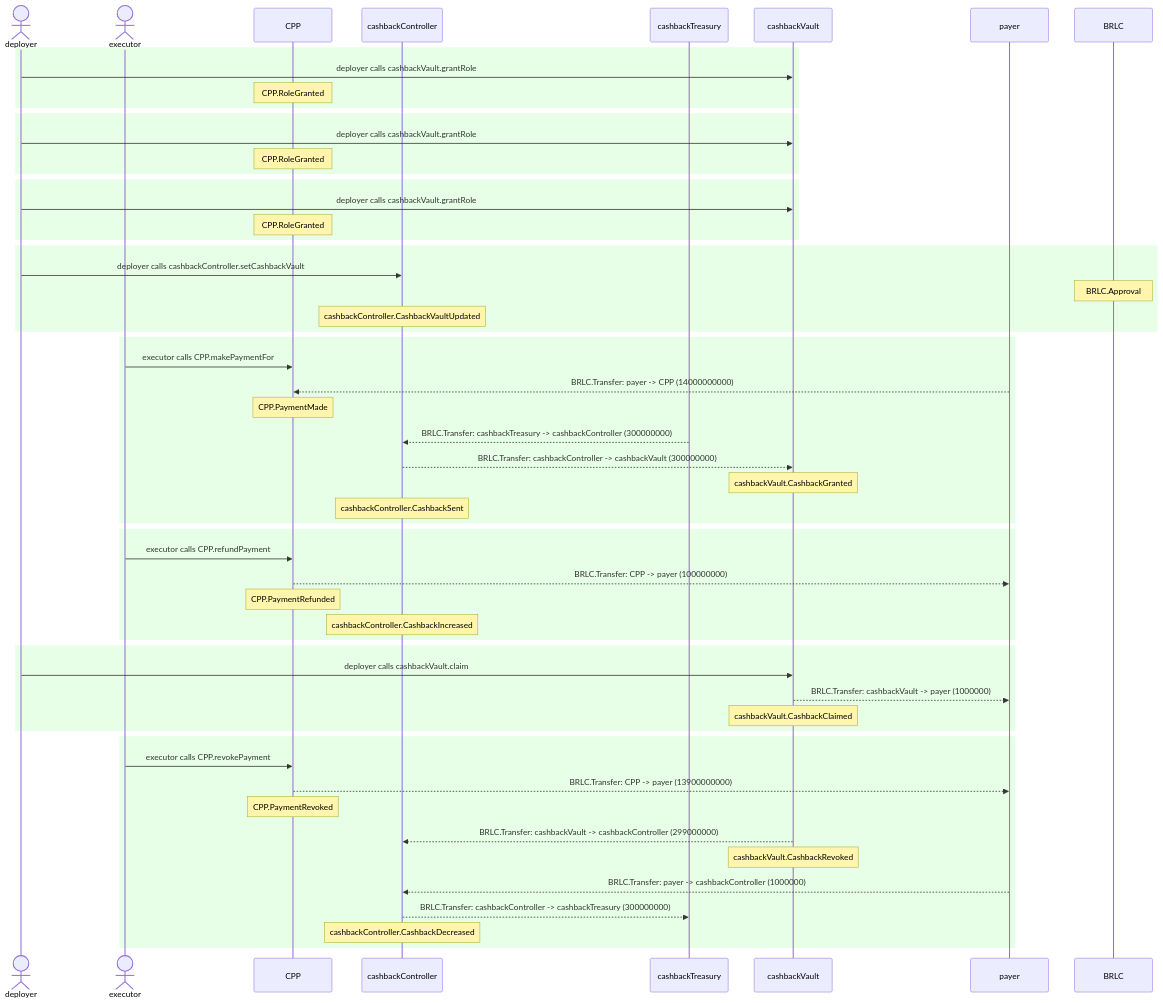
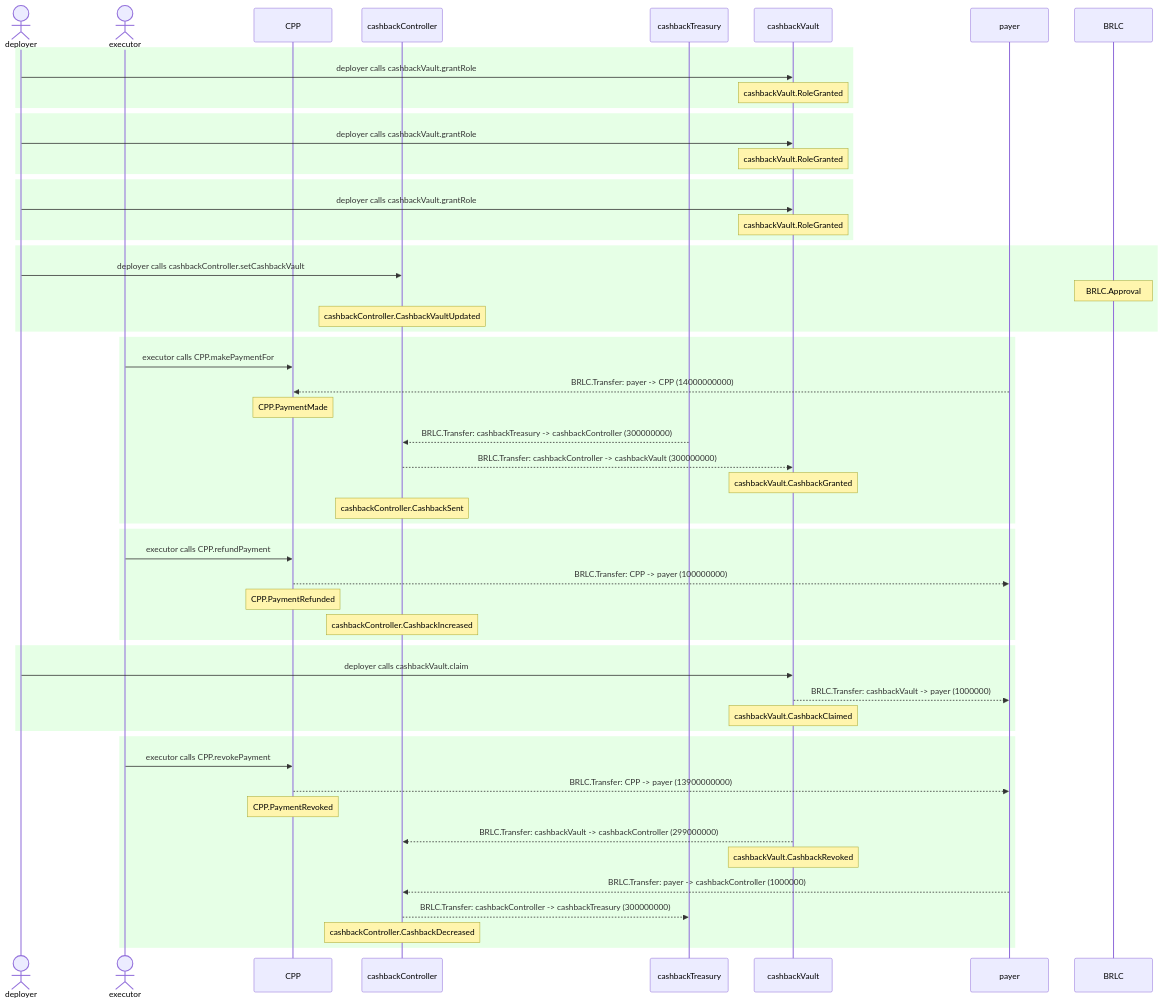
The diagram in contracts/card-payment-processor-v2/test/__snapshots__humans__/CardPaymentProcessor.test.md (LuskaBol/brlc-monorepo), drawn with Mermaid before and after one commit. The commit also changed other lines of this file and 83 other files, not shown here.

````diff
--- a/contracts/card-payment-processor-v2/test/__snapshots__humans__/CardPaymentProcessor.test.md
+++ b/contracts/card-payment-processor-v2/test/__snapshots__humans__/CardPaymentProcessor.test.md
@@ -16,57 +16,57 @@
 ```mermaid
 sequenceDiagram
   actor deployer
   actor executor
   participant CPP
   participant cashbackController
   participant cashbackTreasury
   participant cashbackVault
   participant payer
   rect rgb(230,255,230)
     deployer->>cashbackVault: deployer calls cashbackVault.grantRole
-    Note over CPP: CPP.RoleGranted
+    Note over cashbackVault: cashbackVault.RoleGranted
   end
   rect rgb(230,255,230)
     deployer->>cashbackVault: deployer calls cashbackVault.grantRole
-    Note over CPP: CPP.RoleGranted
+    Note over cashbackVault: cashbackVault.RoleGranted
   end
   rect rgb(230,255,230)
     deployer->>cashbackVault: deployer calls cashbackVault.grantRole
-    Note over CPP: CPP.RoleGranted
+    Note over cashbackVault: cashbackVault.RoleGranted
   end
   rect rgb(230,255,230)
     deployer->>cashbackController: deployer calls cashbackController.setCashbackVault
     Note over BRLC: BRLC.Approval
     Note over cashbackController: cashbackController.CashbackVaultUpdated
   end
   rect rgb(230,255,230)
     executor->>CPP: executor calls CPP.makePaymentFor
     payer-->>CPP: BRLC.Transfer: payer -> CPP (14000000000)
     Note over CPP: CPP.PaymentMade
     cashbackTreasury-->>cashbackController: BRLC.Transfer: cashbackTreasury -> cashbackController (300000000)
     cashbackController-->>cashbackVault: BRLC.Transfer: cashbackController -> cashbackVault (300000000)
     Note over cashbackVault: cashbackVault.CashbackGranted
     Note over cashbackController: cashbackController.CashbackSent
   end
   rect rgb(230,255,230)
     executor->>CPP: executor calls CPP.refundPayment
     CPP-->>payer: BRLC.Transfer: CPP -> payer (100000000)
     Note over CPP: CPP.PaymentRefunded
     Note over cashbackController: cashbackController.CashbackIncreased
   end
   rect rgb(230,255,230)
     deployer->>cashbackVault: deployer calls cashbackVault.claim
     cashbackVault-->>payer: BRLC.Transfer: cashbackVault -> payer (1000000)
     Note over cashbackVault: cashbackVault.CashbackClaimed
   end
   rect rgb(230,255,230)
     executor->>CPP: executor calls CPP.revokePayment
     CPP-->>payer: BRLC.Transfer: CPP -> payer (13900000000)
     Note over CPP: CPP.PaymentRevoked
     cashbackVault-->>cashbackController: BRLC.Transfer: cashbackVault -> cashbackController (299000000)
     Note over cashbackVault: cashbackVault.CashbackRevoked
     payer-->>cashbackController: BRLC.Transfer: payer -> cashbackController (1000000)
     cashbackController-->>cashbackTreasury: BRLC.Transfer: cashbackController -> cashbackTreasury (300000000)
     Note over cashbackController: cashbackController.CashbackDecreased
   end
 ```
````
